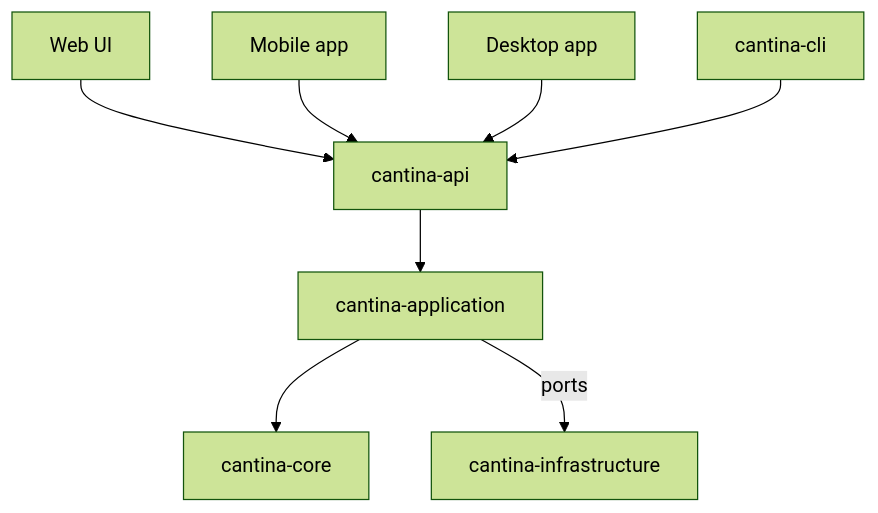
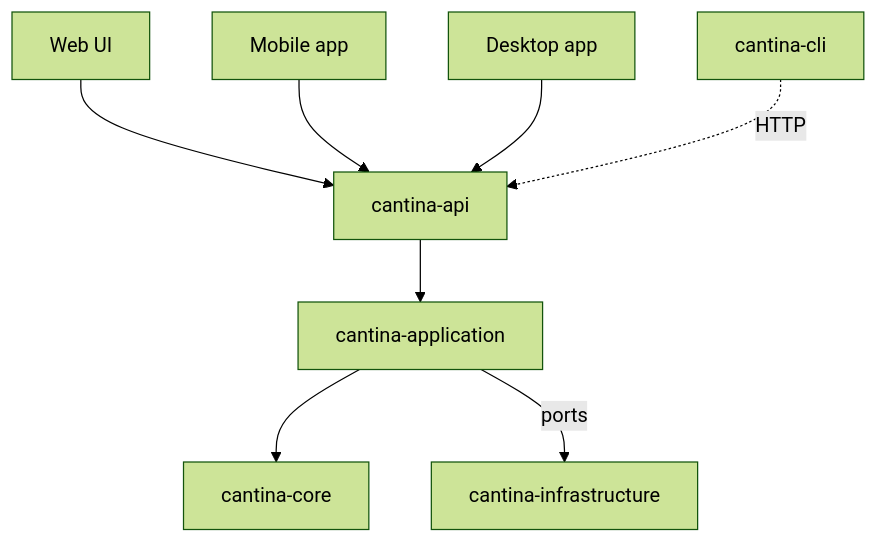
One commit to agonyG4/CantinaSesi changed the fourth of 4 diagrams in docs/architecture/backend.md. Above: the diagram before and after it, drawn with Mermaid (forest theme). The commit also changed other lines of this file and 16 other files, not shown here.

````diff
--- a/docs/architecture/backend.md
+++ b/docs/architecture/backend.md
@@ -183,10 +184,10 @@
 ```mermaid
 graph TD
     UI["Web UI"] --> API["cantina-api"]
     MOB["Mobile app"] --> API
     DESK["Desktop app"] --> API
-    CLI["cantina-cli"] --> API
+    CLI["cantina-cli"] -. "HTTP" .-> API
     API --> APP["cantina-application"]
     APP --> CORE["cantina-core"]
     APP -->|ports| INFRA["cantina-infrastructure"]
 ```
````
